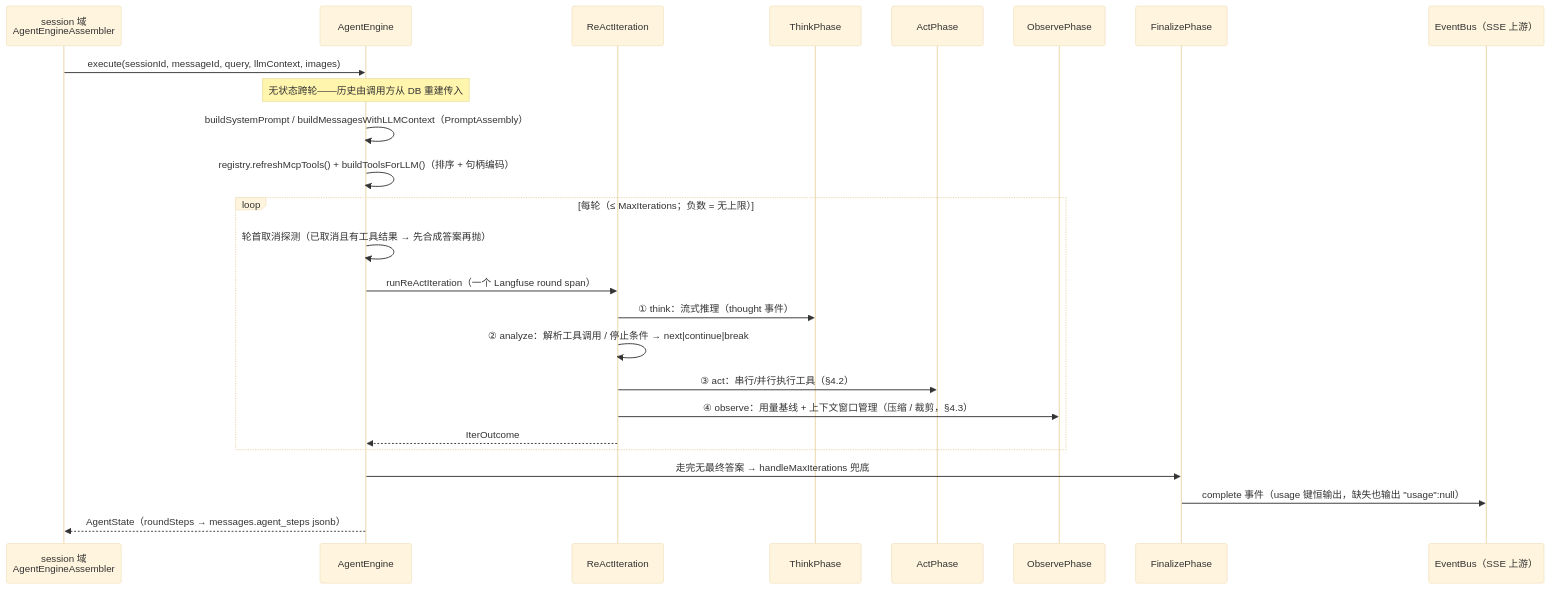
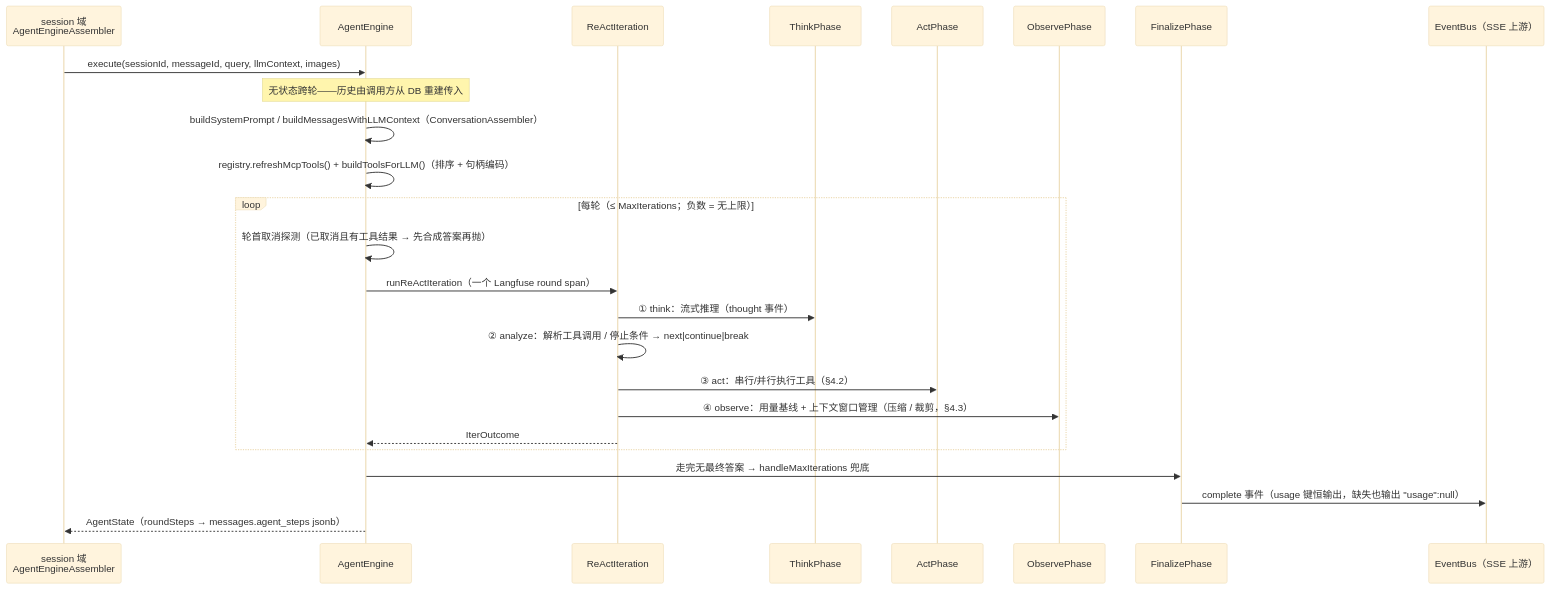
One commit to pmbilly/ragagent changed the fourth of 7 diagrams in docs/agent-module-guide.md. Above: the diagram before and after it, drawn with Mermaid (base theme). The commit also changed other lines of this file and 19 other files, not shown here.

First line of the commit message:
refactor(agent): F5b-2 —— 提示词值类型外提 + PromptAssembly 更名 ConversationAssembler

````diff
--- a/docs/agent-module-guide.md
+++ b/docs/agent-module-guide.md
@@ -264,28 +264,28 @@
 ```mermaid
 sequenceDiagram
     participant SES as session 域<br/>AgentEngineAssembler
     participant ENG as AgentEngine
     participant IT as ReActIteration
     participant TH as ThinkPhase
     participant AC as ActPhase
     participant OB as ObservePhase
     participant FN as FinalizePhase
     participant BUS as EventBus（SSE 上游）
 
     SES->>ENG: execute(sessionId, messageId, query, llmContext, images)
     Note over ENG: 无状态跨轮——历史由调用方从 DB 重建传入
-    ENG->>ENG: buildSystemPrompt / buildMessagesWithLLMContext（PromptAssembly）
+    ENG->>ENG: buildSystemPrompt / buildMessagesWithLLMContext（ConversationAssembler）
     ENG->>ENG: registry.refreshMcpTools() + buildToolsForLLM()（排序 + 句柄编码）
     loop 每轮（≤ MaxIterations；负数 = 无上限）
         ENG->>ENG: 轮首取消探测（已取消且有工具结果 → 先合成答案再抛）
         ENG->>IT: runReActIteration（一个 Langfuse round span）
         IT->>TH: ① think：流式推理（thought 事件）
         IT->>IT: ② analyze：解析工具调用 / 停止条件 → next|continue|break
         IT->>AC: ③ act：串行/并行执行工具（§4.2）
         IT->>OB: ④ observe：用量基线 + 上下文窗口管理（压缩 / 裁剪，§4.3）
         IT-->>ENG: IterOutcome
     end
     ENG->>FN: 走完无最终答案 → handleMaxIterations 兜底
     FN->>BUS: complete 事件（usage 键恒输出，缺失也输出 "usage":null）
     ENG-->>SES: AgentState（roundSteps → messages.agent_steps jsonb）
 ```
````
